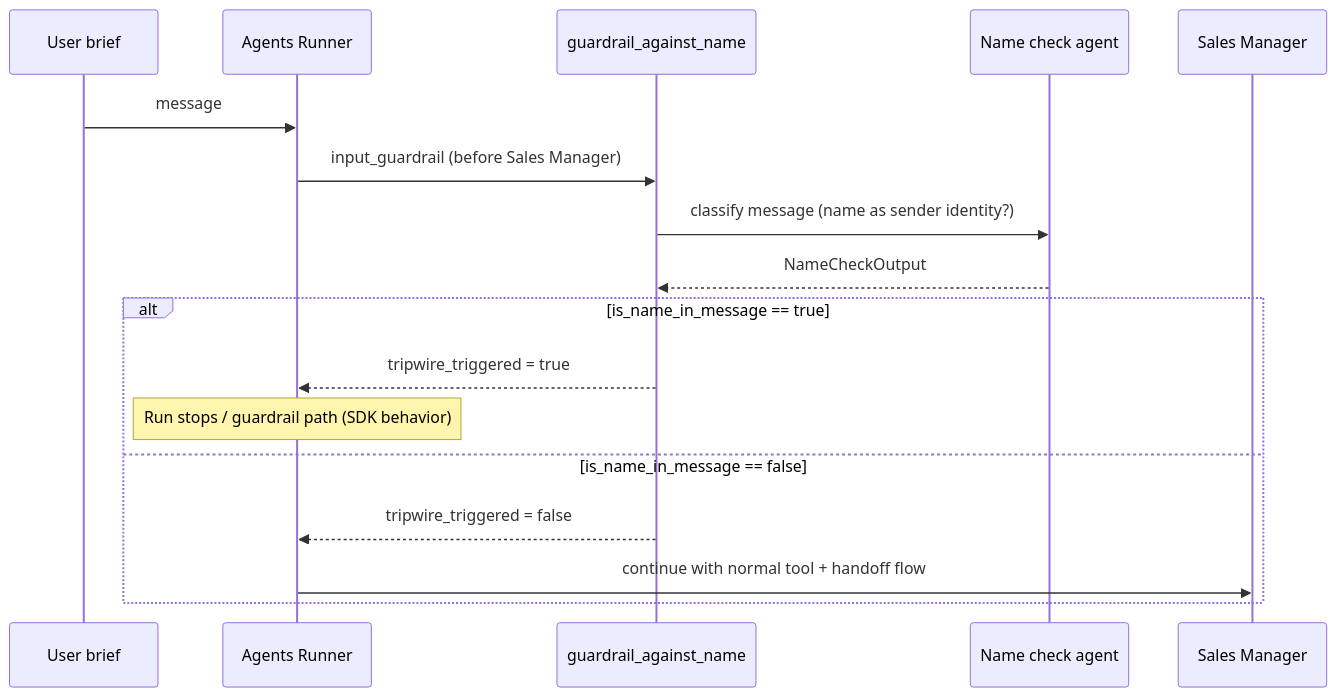
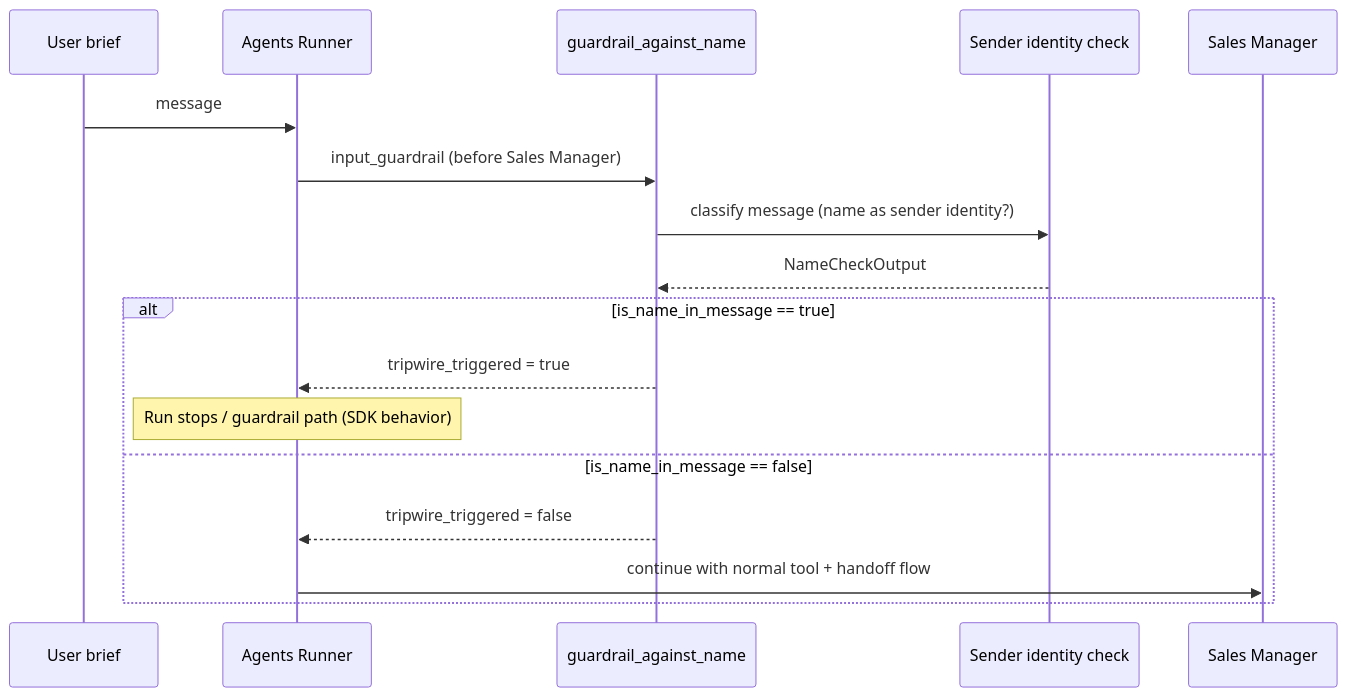
One commit to geekyoswald/openai_sdk_projects changed the second of 5 diagrams in README.md. Above: the diagram before and after it, drawn with Mermaid. The commit also changed other lines of this file and 10 other files, not shown here.

````diff
--- a/README.md
+++ b/README.md
@@ -97,20 +104,20 @@
 ```mermaid
 sequenceDiagram
     participant User as User brief
     participant Runner as Agents Runner
     participant GR as guardrail_against_name
-    participant NC as Name check agent
+    participant NC as Sender identity check
     participant SM as Sales Manager
 
     User->>Runner: message
     Runner->>GR: input_guardrail (before Sales Manager)
     GR->>NC: classify message (name as sender identity?)
     NC-->>GR: NameCheckOutput
     alt is_name_in_message == true
         GR-->>Runner: tripwire_triggered = true
         Note over Runner: Run stops / guardrail path (SDK behavior)
     else is_name_in_message == false
         GR-->>Runner: tripwire_triggered = false
         Runner->>SM: continue with normal tool + handoff flow
     end
 ```
````
